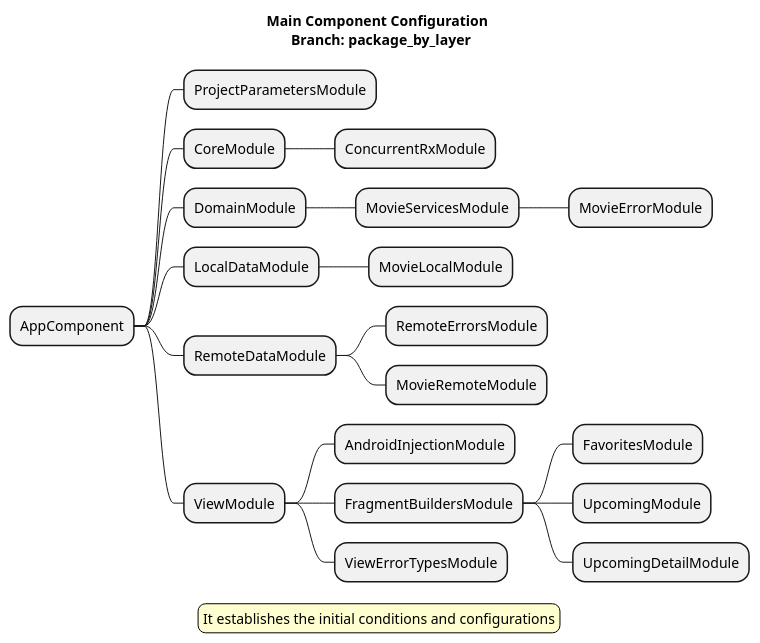
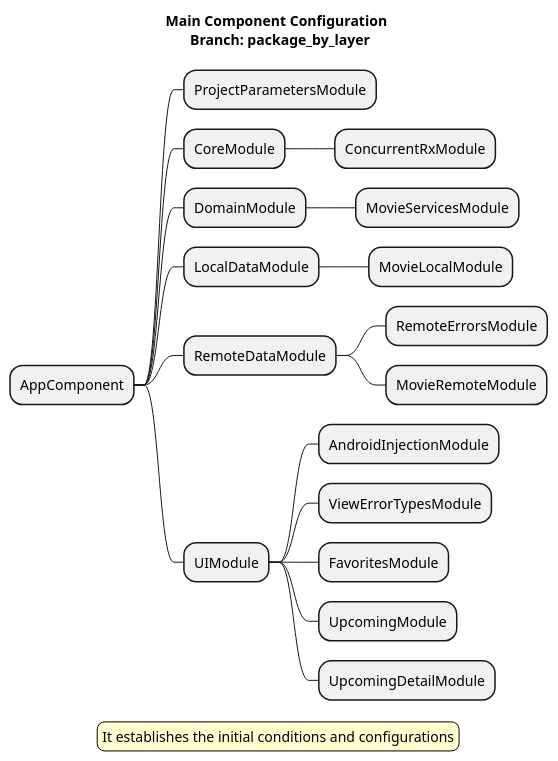
One commit to vanskarner/CleanMovie changed the diagram in architecture_resources/branches/byLayer/MainComponentConfiguration.puml. Above: the diagram before and after it, drawn with PlantUML. The commit also changed 6 other files, not shown here.

Commit message:
updating diagrams byLayer and byFeature

```diff
--- a/architecture_resources/branches/byLayer/MainComponentConfiguration.puml
+++ b/architecture_resources/branches/byLayer/MainComponentConfiguration.puml
@@ -1,29 +1,27 @@
 @startmindmap
 
 title Main Component Configuration \n Branch: package_by_layer
 * AppComponent
 ** ProjectParametersModule
 ** CoreModule
 *** ConcurrentRxModule
 ** DomainModule
 *** MovieServicesModule
-**** MovieErrorModule
 ** LocalDataModule
 *** MovieLocalModule
 ** RemoteDataModule
 *** RemoteErrorsModule
 *** MovieRemoteModule
-** ViewModule
+** UIModule
 *** AndroidInjectionModule
-*** FragmentBuildersModule
-**** FavoritesModule
-**** UpcomingModule
-**** UpcomingDetailModule
 *** ViewErrorTypesModule
+*** FavoritesModule
+*** UpcomingModule
+*** UpcomingDetailModule
 
 legend
 It establishes the initial conditions and configurations
 end legend
 
 skinparam legendBackgroundColor #FEFECE
 @endmindmap
```
